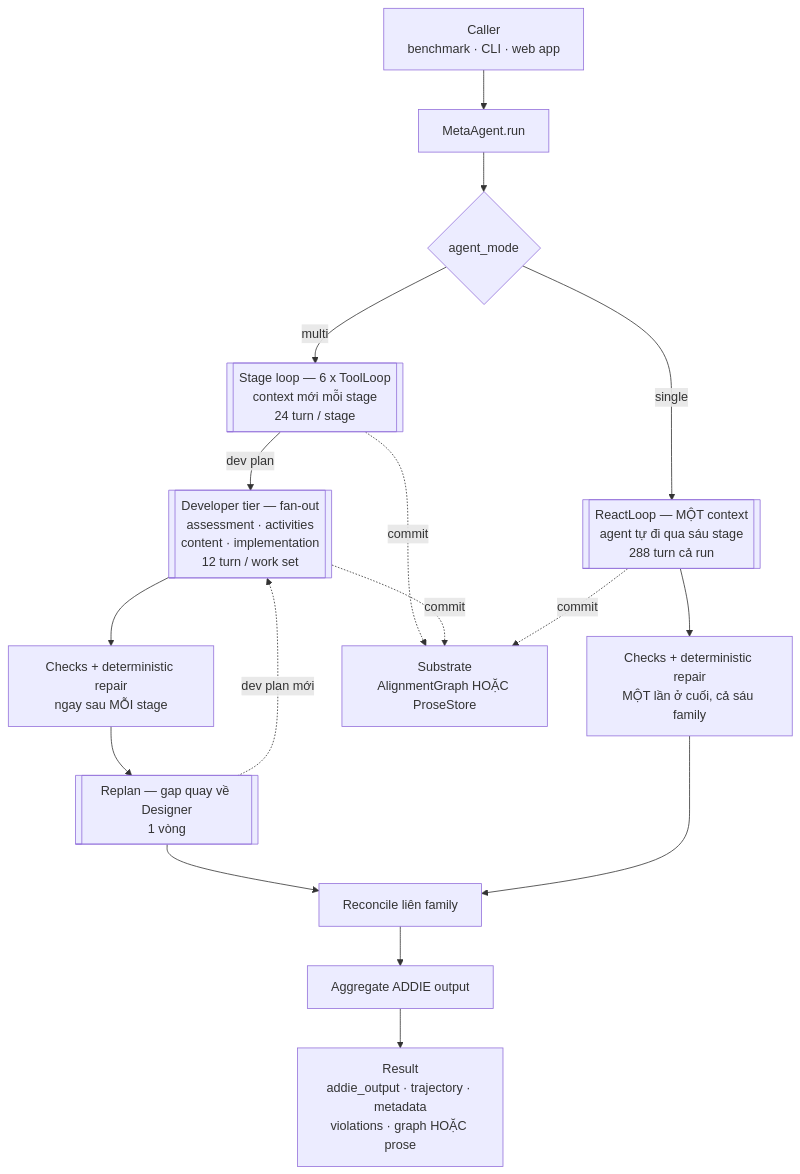
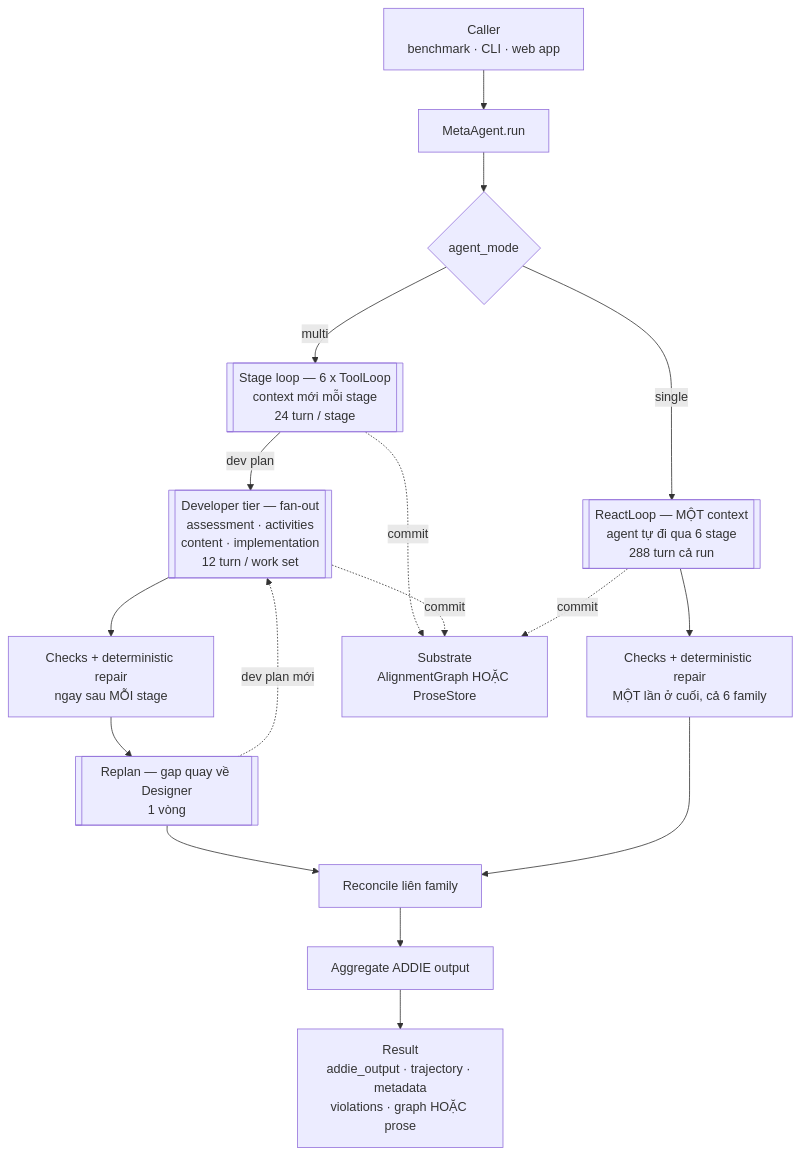
One commit to phuongbv00/alignmentgraph-isd changed the first of 3 diagrams in docs/reports/sprint1_20260828_0908.md. Above: the diagram before and after it, drawn with Mermaid. The commit also changed other lines of this file and 1 other file, not shown here.

Commit message:
Add Markdown-to-PDF script using headless Chrome
Introduce `gen_markdown_pdf.py` to render Markdown files to PDFs via Google Chrome in headless mode, with support for custom styles and Mermaid diagrams. Minor updates made to Sprint 1 report, standardizing numeric formatting (e.g., replacing "MỘT" with "6") for consistency.

````diff
--- a/docs/reports/sprint1_20260828_0908.md
+++ b/docs/reports/sprint1_20260828_0908.md
@@ -195,19 +195,19 @@
 ```mermaid
 flowchart TD
     A["Caller<br/>benchmark · CLI · web app"] --> B["MetaAgent.run"]
     B --> C{"agent_mode"}
     C -->|" multi "| D[["Stage loop — 6 x ToolLoop<br/>context mới mỗi stage<br/>24 turn / stage"]]
     D -->|" dev plan "| F[["Developer tier — fan-out<br/>assessment · activities<br/>content · implementation<br/>12 turn / work set"]]
     F --> R1["Checks + deterministic repair<br/>ngay sau MỖI stage"]
     R1 --> J[["Replan — gap quay về Designer<br/>1 vòng"]]
     J -.->|" dev plan mới "| F
     J --> K
-    C -->|" single "| E[["ReactLoop — MỘT context<br/>agent tự đi qua sáu stage<br/>288 turn cả run"]]
-    E --> R2["Checks + deterministic repair<br/>MỘT lần ở cuối, cả sáu family"]
+    C -->|" single "| E[["ReactLoop — MỘT context<br/>agent tự đi qua 6 stage<br/>288 turn cả run"]]
+    E --> R2["Checks + deterministic repair<br/>MỘT lần ở cuối, cả 6 family"]
     R2 --> K
     D -.->|" commit "| G["Substrate<br/>AlignmentGraph HOẶC ProseStore"]
     F -.->|" commit "| G
     E -.->|" commit "| G
     K["Reconcile liên family"] --> L["Aggregate ADDIE output"]
     L --> M["Result<br/>addie_output · trajectory · metadata<br/>violations · graph HOẶC prose"]
 ```
````
